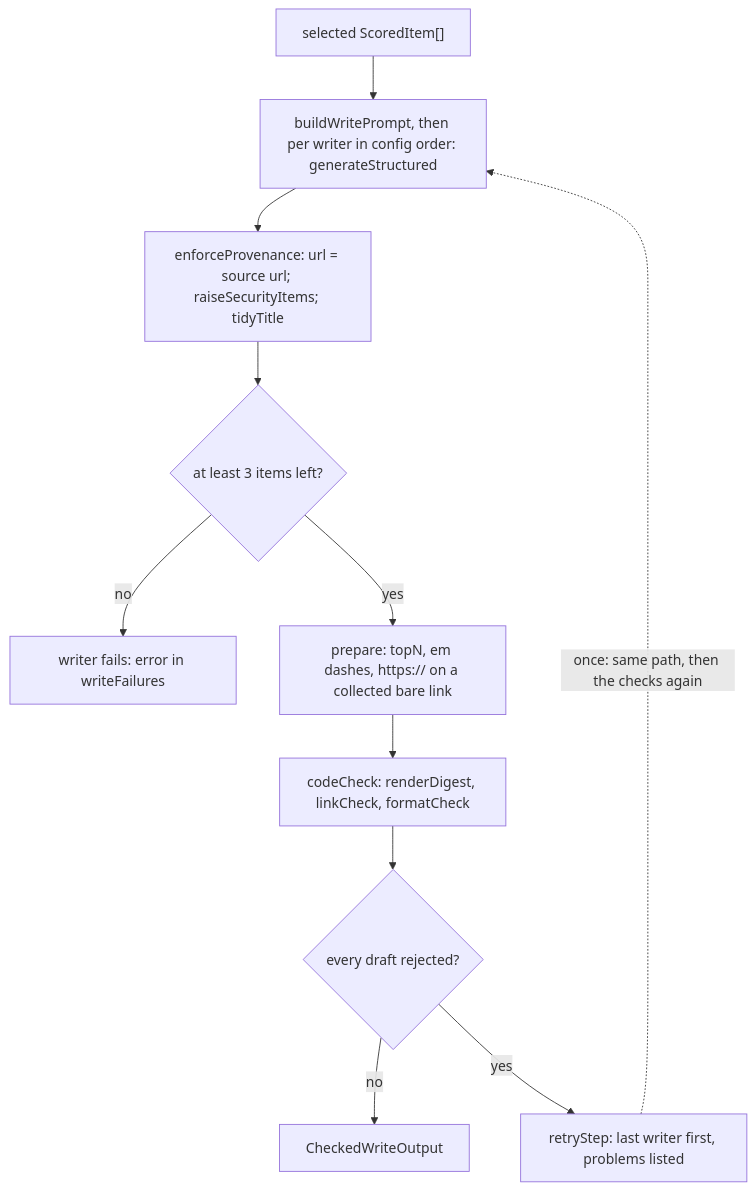
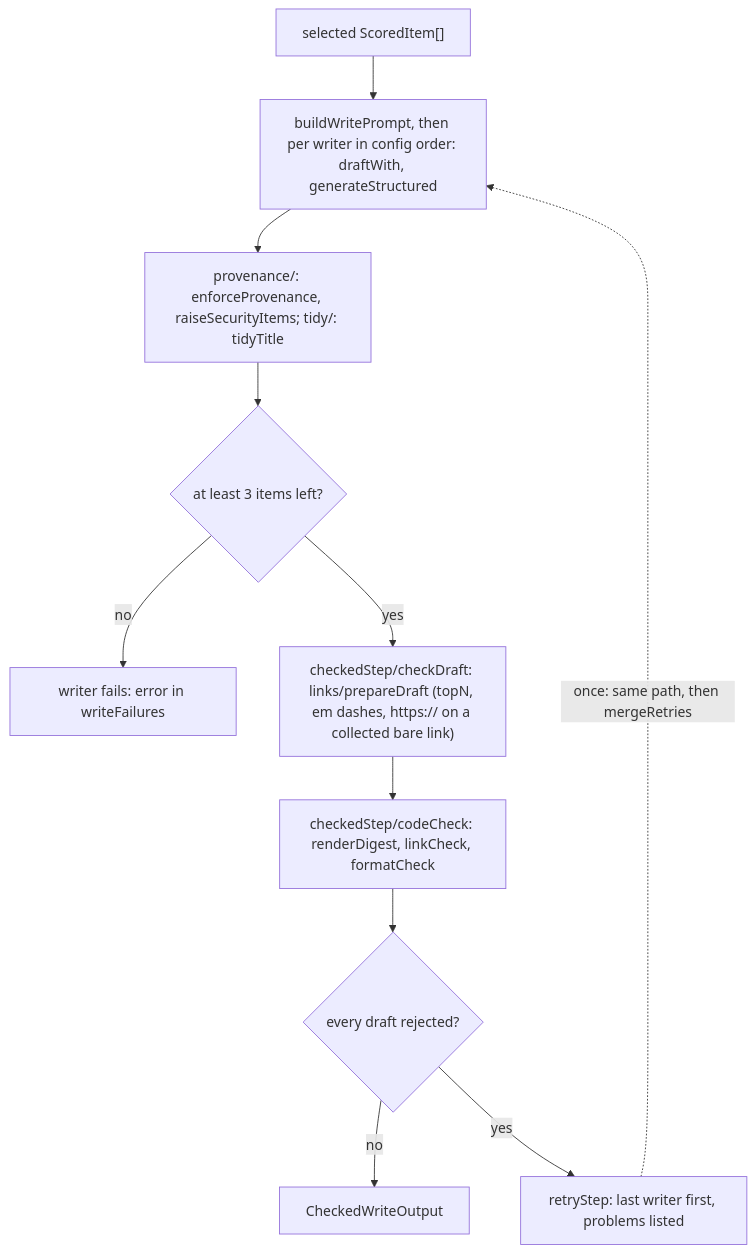
The second of 2 diagrams in src/write/CLAUDE.md (odere-pro/weekly-engineering-digest-agent), drawn with Mermaid before and after one commit. The commit also changed other lines of this file and 40 other files, not shown here.

First line of the commit message:
refactor(write): split the writer step into subfeatures (W10-B18)

````diff
--- a/src/write/CLAUDE.md
+++ b/src/write/CLAUDE.md
@@ -22,13 +22,13 @@
 ```mermaid
 flowchart TD
-  items["selected ScoredItem[]"] --> gen["buildWritePrompt, then per writer in config order: generateStructured"]
-  gen --> prov["enforceProvenance: url = source url; raiseSecurityItems; tidyTitle"]
+  items["selected ScoredItem[]"] --> gen["buildWritePrompt, then per writer in config order: draftWith, generateStructured"]
+  gen --> prov["provenance/: enforceProvenance, raiseSecurityItems; tidy/: tidyTitle"]
   prov --> enough{"at least 3 items left?"}
   enough -->|no| fail["writer fails: error in writeFailures"]
-  enough -->|yes| prep["prepare: topN, em dashes, https:// on a collected bare link"]
-  prep --> chk["codeCheck: renderDigest, linkCheck, formatCheck"]
+  enough -->|yes| prep["checkedStep/checkDraft: links/prepareDraft (topN, em dashes, https:// on a collected bare link)"]
+  prep --> chk["checkedStep/codeCheck: renderDigest, linkCheck, formatCheck"]
   chk --> all{"every draft rejected?"}
   all -->|no| done["CheckedWriteOutput"]
   all -->|yes| retry["retryStep: last writer first, problems listed"]
-  retry -.->|"once: same path, then the checks again"| gen
+  retry -.->|"once: same path, then mergeRetries"| gen
 ```
````
